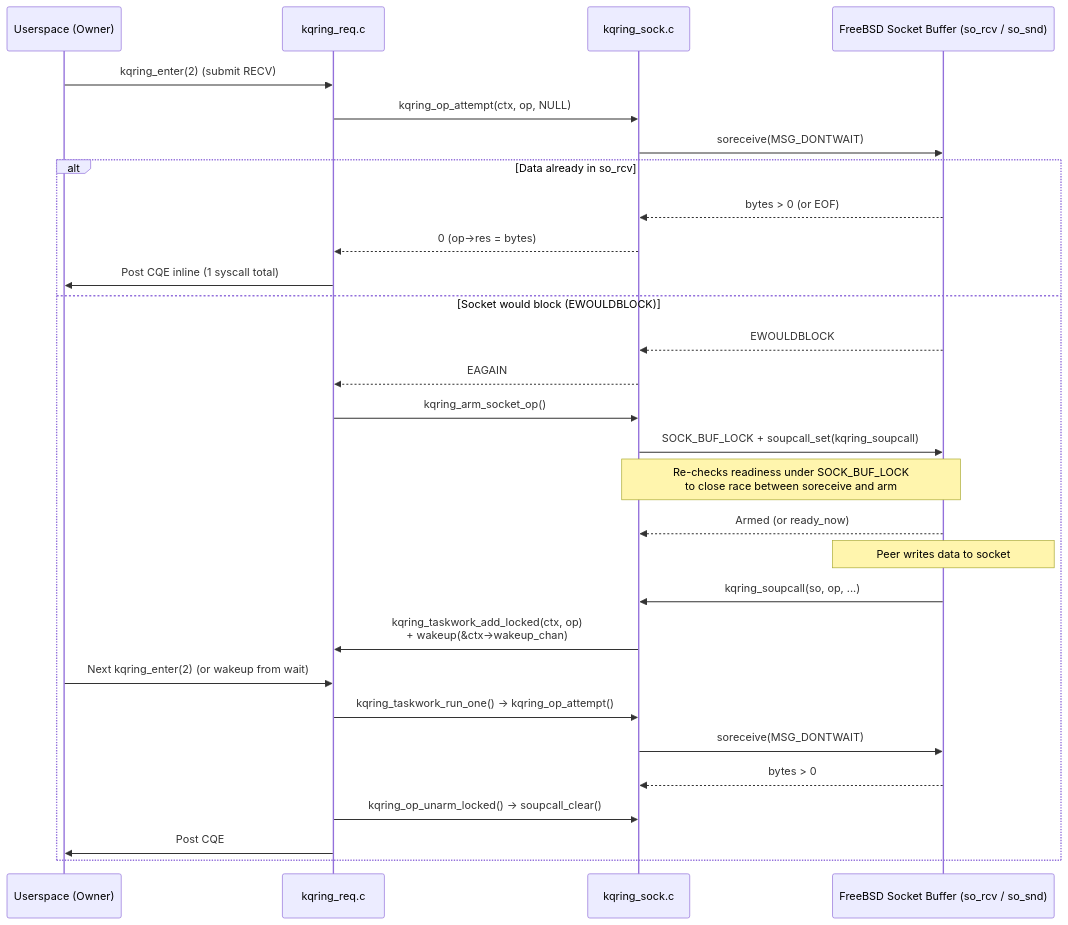
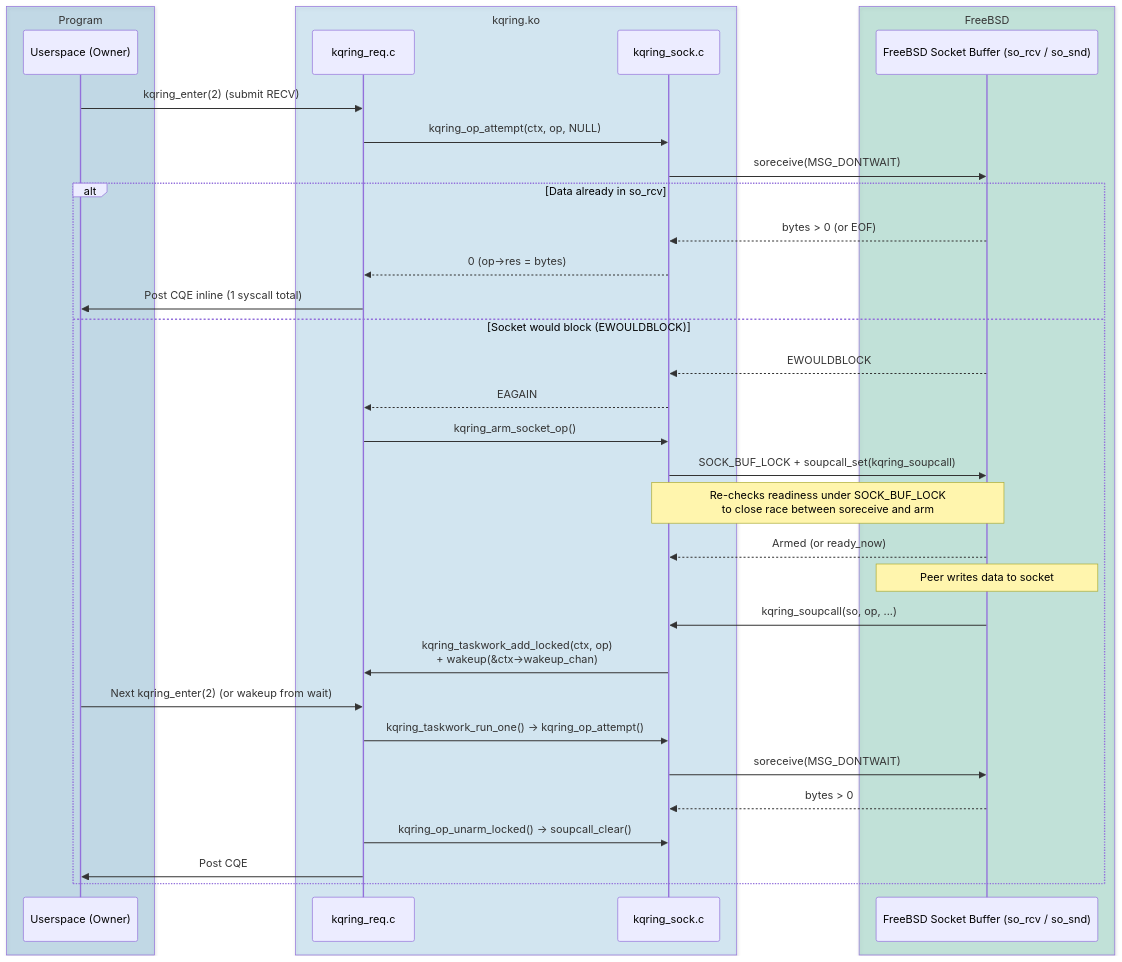
The seventh of 15 diagrams in ARCHITECTURE.MD (grepjava/kqring), drawn with Mermaid before and after one commit. The commit also changed other lines of this file and 1 other file, not shown here.

First line of the commit message:
Docs: color the diagrams by role

````diff
--- a/ARCHITECTURE.MD
+++ b/ARCHITECTURE.MD
@@ -294,32 +354,38 @@
 ```mermaid
 sequenceDiagram
-    participant App as Userspace (Owner)
-    participant Req as kqring_req.c
-    participant Sock as kqring_sock.c
-    participant SB as FreeBSD Socket Buffer (so_rcv / so_snd)
+    box rgba(0,114,178,0.2) Program
+        participant App as Userspace (Owner)
+    end
+    box rgba(86,180,233,0.2) kqring.ko
+        participant Req as kqring_req.c
+        participant Sock as kqring_sock.c
+    end
+    box rgba(0,158,115,0.2) FreeBSD
+        participant SB as FreeBSD Socket Buffer (so_rcv / so_snd)
+    end
 
     App->>Req: kqring_enter(2) (submit RECV)
     Req->>Sock: kqring_op_attempt(ctx, op, NULL)
     Sock->>SB: soreceive(MSG_DONTWAIT)
     alt Data already in so_rcv
         SB-->>Sock: bytes > 0 (or EOF)
         Sock-->>Req: 0 (op->res = bytes)
         Req->>App: Post CQE inline (1 syscall total)
     else Socket would block (EWOULDBLOCK)
         SB-->>Sock: EWOULDBLOCK
         Sock-->>Req: EAGAIN
         Req->>Sock: kqring_arm_socket_op()
         Sock->>SB: SOCK_BUF_LOCK + soupcall_set(kqring_soupcall)
         Note over Sock,SB: Re-checks readiness under SOCK_BUF_LOCK<br/>to close race between soreceive and arm
         SB-->>Sock: Armed (or ready_now)
         Note over SB: Peer writes data to socket
         SB->>Sock: kqring_soupcall(so, op, ...)
         Sock->>Req: kqring_taskwork_add_locked(ctx, op)<br/>+ wakeup(&ctx->wakeup_chan)
         App->>Req: Next kqring_enter(2) (or wakeup from wait)
         Req->>Sock: kqring_taskwork_run_one() -> kqring_op_attempt()
         Sock->>SB: soreceive(MSG_DONTWAIT)
         SB-->>Sock: bytes > 0
         Req->>Sock: kqring_op_unarm_locked() -> soupcall_clear()
         Req->>App: Post CQE
     end
 ```
````
